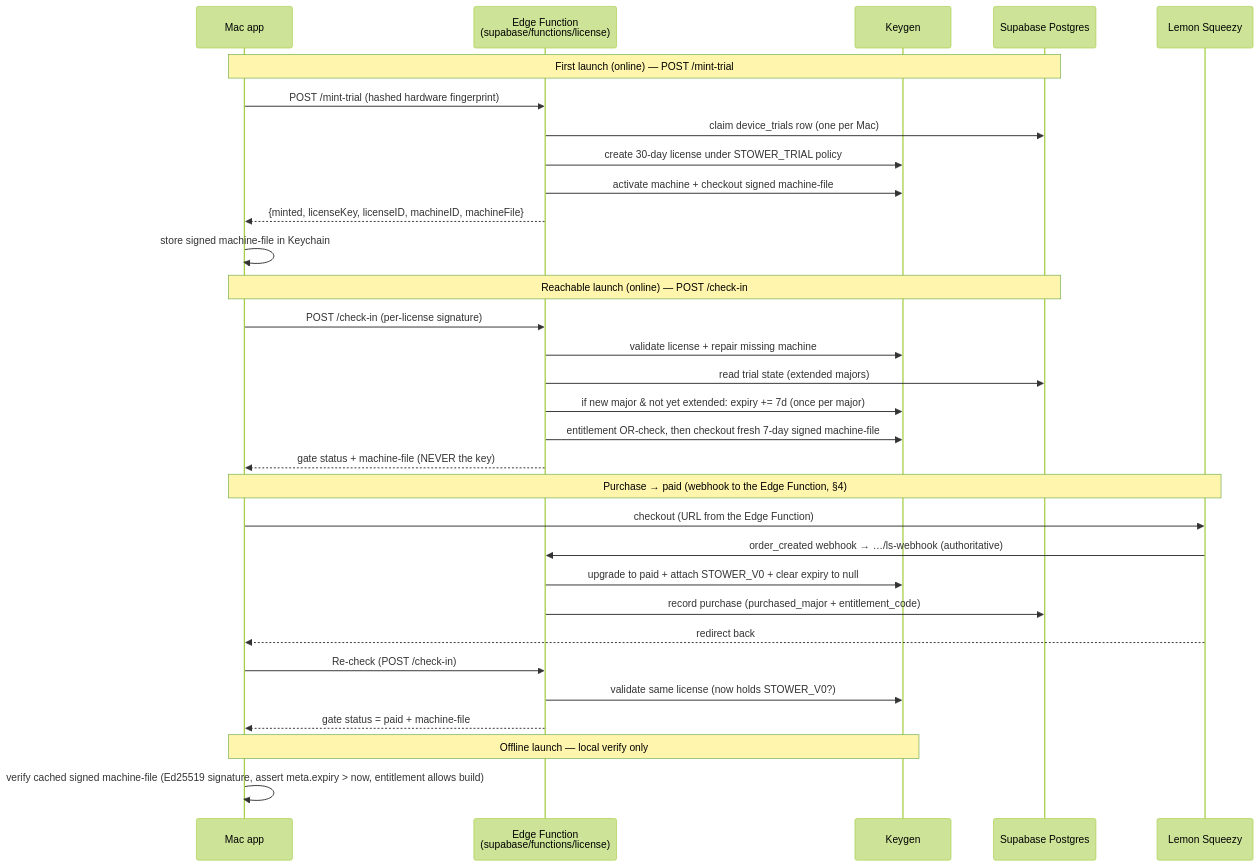
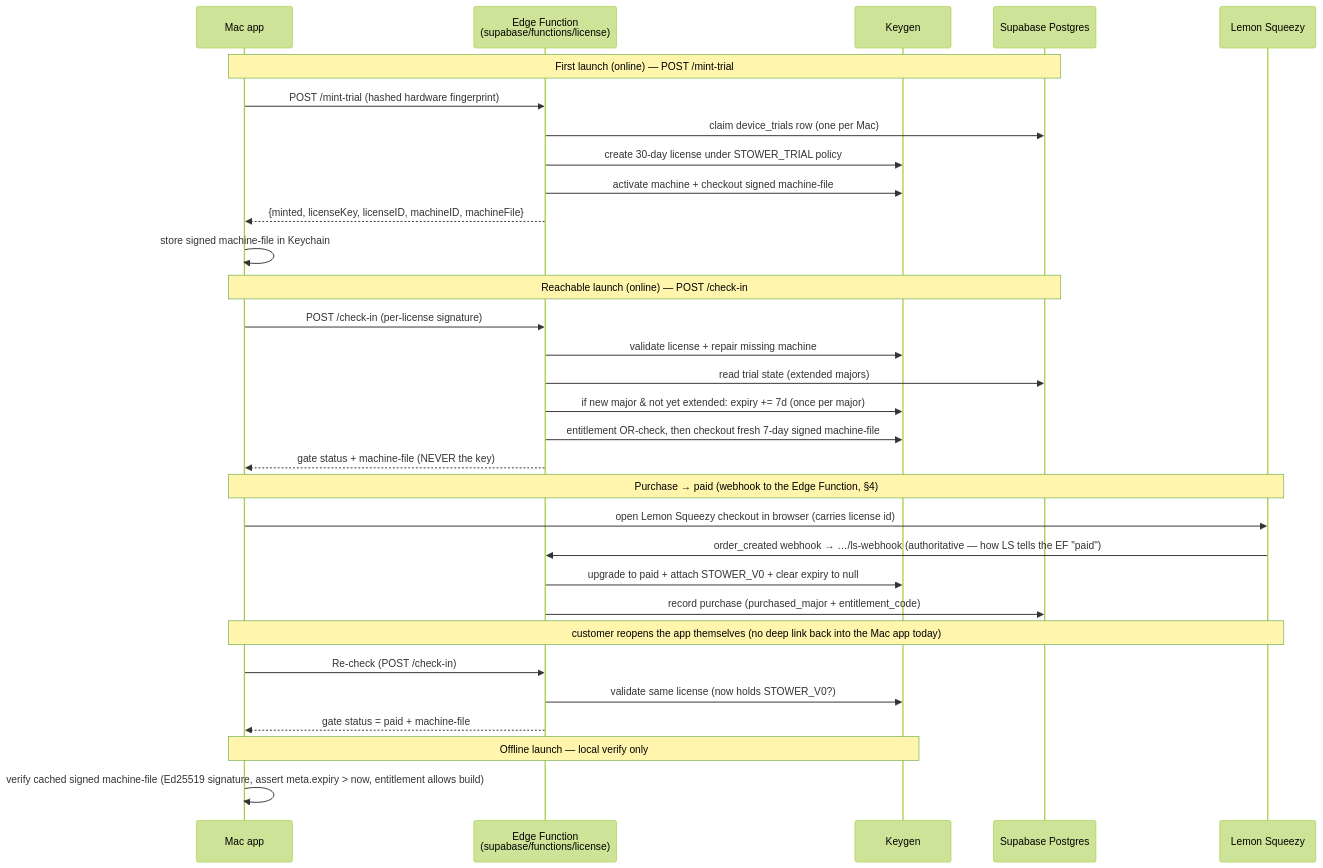
The second of 2 diagrams in Docs/Lifecycle.md (emilykangdev/stower), drawn with Mermaid (forest theme) before and after one commit. The commit also changed other lines of this file and 2 other files, not shown here.

Commit message:
docs(license): /update-docs refresh — runtime topology points app→Edge Function→Keygen/Supabase/LS

````diff
--- a/Docs/Lifecycle.md
+++ b/Docs/Lifecycle.md
@@ -122,37 +147,37 @@
 ```mermaid
 sequenceDiagram
     participant App as Mac app
     participant EF as Edge Function<br/>(supabase/functions/license)
     participant K as Keygen
     participant S as Supabase Postgres
     participant LS as Lemon Squeezy
 
     Note over App,S: First launch (online) — POST /mint-trial
     App->>EF: POST /mint-trial (hashed hardware fingerprint)
     EF->>S: claim device_trials row (one per Mac)
     EF->>K: create 30-day license under STOWER_TRIAL policy
     EF->>K: activate machine + checkout signed machine-file
     EF-->>App: {minted, licenseKey, licenseID, machineID, machineFile}
     App->>App: store signed machine-file in Keychain
 
     Note over App,S: Reachable launch (online) — POST /check-in
     App->>EF: POST /check-in (per-license signature)
     EF->>K: validate license + repair missing machine
     EF->>S: read trial state (extended majors)
     EF->>K: if new major & not yet extended: expiry += 7d (once per major)
     EF->>K: entitlement OR-check, then checkout fresh 7-day signed machine-file
     EF-->>App: gate status + machine-file (NEVER the key)
 
     Note over App,LS: Purchase → paid (webhook to the Edge Function, §4)
-    App->>LS: checkout (URL from the Edge Function)
-    LS->>EF: order_created webhook → …/ls-webhook (authoritative)
+    App->>LS: open Lemon Squeezy checkout in browser (carries license id)
+    LS->>EF: order_created webhook → …/ls-webhook (authoritative — how LS tells the EF "paid")
     EF->>K: upgrade to paid + attach STOWER_V0 + clear expiry to null
     EF->>S: record purchase (purchased_major + entitlement_code)
-    LS-->>App: redirect back
+    Note over App,LS: customer reopens the app themselves (no deep link back into the Mac app today)
     App->>EF: Re-check (POST /check-in)
     EF->>K: validate same license (now holds STOWER_V0?)
     EF-->>App: gate status = paid + machine-file
 
     Note over App,K: Offline launch — local verify only
     App->>App: verify cached signed machine-file (Ed25519 signature, assert meta.expiry > now, entitlement allows build)
 ```
````
